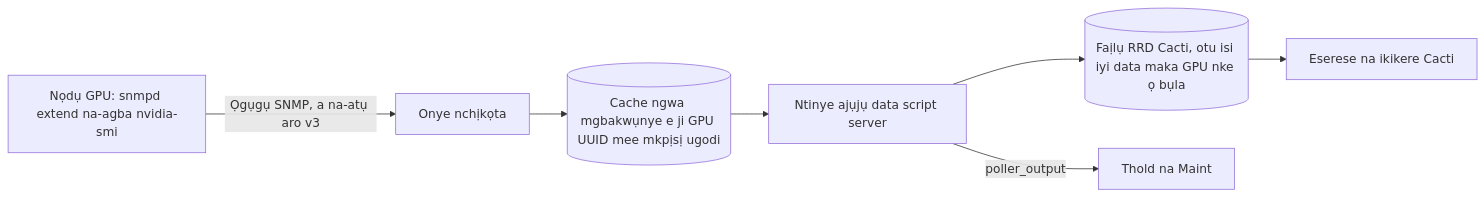
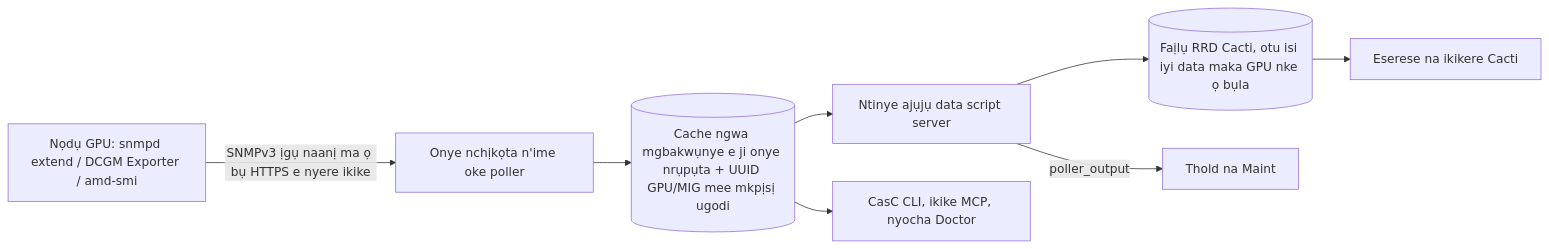
The diagram in docs/i18n/ig-NG/README.md (somethingwithproof/plugin_gpu), drawn with Mermaid before and after one commit. The commit also changed other lines of this file and 47 other files, not shown here.

````diff
--- a/docs/i18n/ig-NG/README.md
+++ b/docs/i18n/ig-NG/README.md
@@ -114,9 +114,10 @@
 ```mermaid
 flowchart LR
-    NODE[Nọdụ GPU: snmpd extend na-agba nvidia-smi] -->|Ọgụgụ SNMP, a na-atụ aro v3| C[Onye nchịkọta]
-    C --> CACHE[(Cache ngwa mgbakwụnye e ji GPU UUID mee mkpịsị ugodi)]
+    NODE["Nọdụ GPU: snmpd extend / DCGM Exporter / amd-smi"] -->|SNMPv3 ịgụ naanị ma ọ bụ HTTPS e nyere ikike| C[Onye nchịkọta n'ime oke poller]
+    C --> CACHE[("Cache ngwa mgbakwụnye e ji onye nrụpụta + UUID GPU/MIG mee mkpịsị ugodi")]
     CACHE --> SS[Ntinye ajụjụ data script server]
+    CACHE --> ECO["CasC CLI, ikike MCP, nyocha Doctor"]
     SS --> RRD[(Faịlụ RRD Cacti, otu isi iyi data maka GPU nke ọ bụla)]
     SS -->|poller_output| T[Thold na Maint]
     RRD --> G[Eserese na ikikere Cacti]
 ```
````
